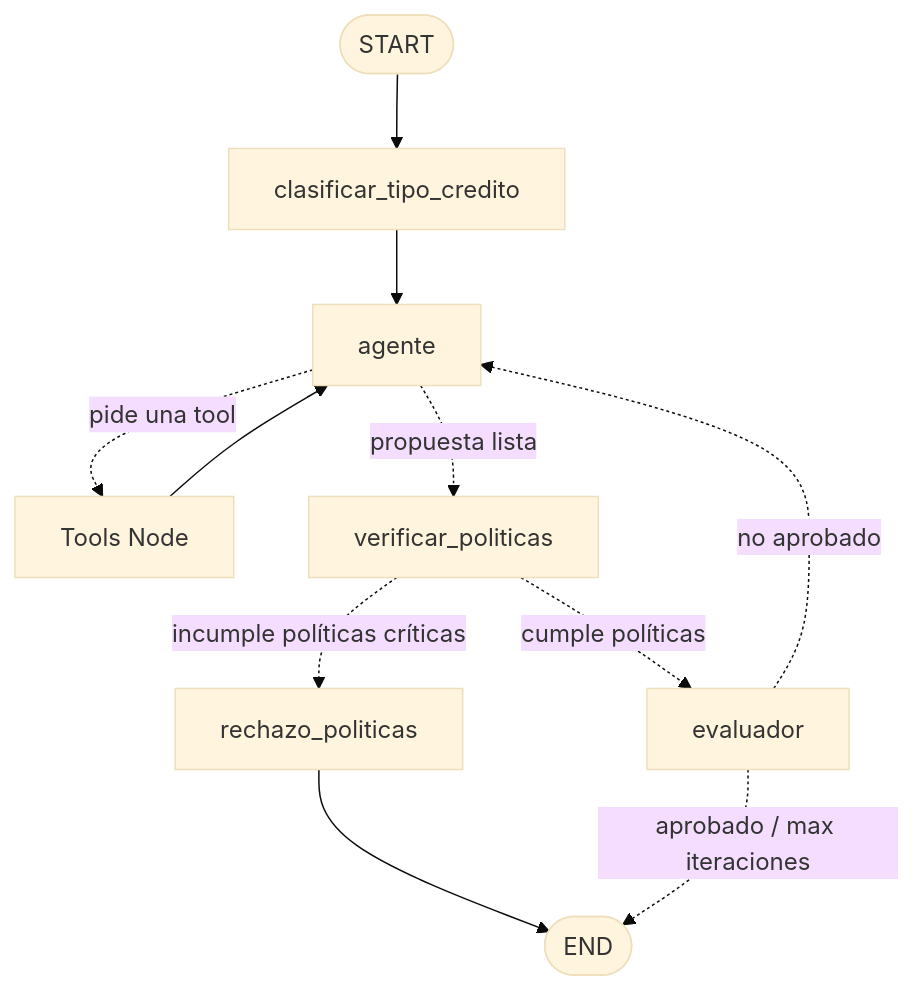
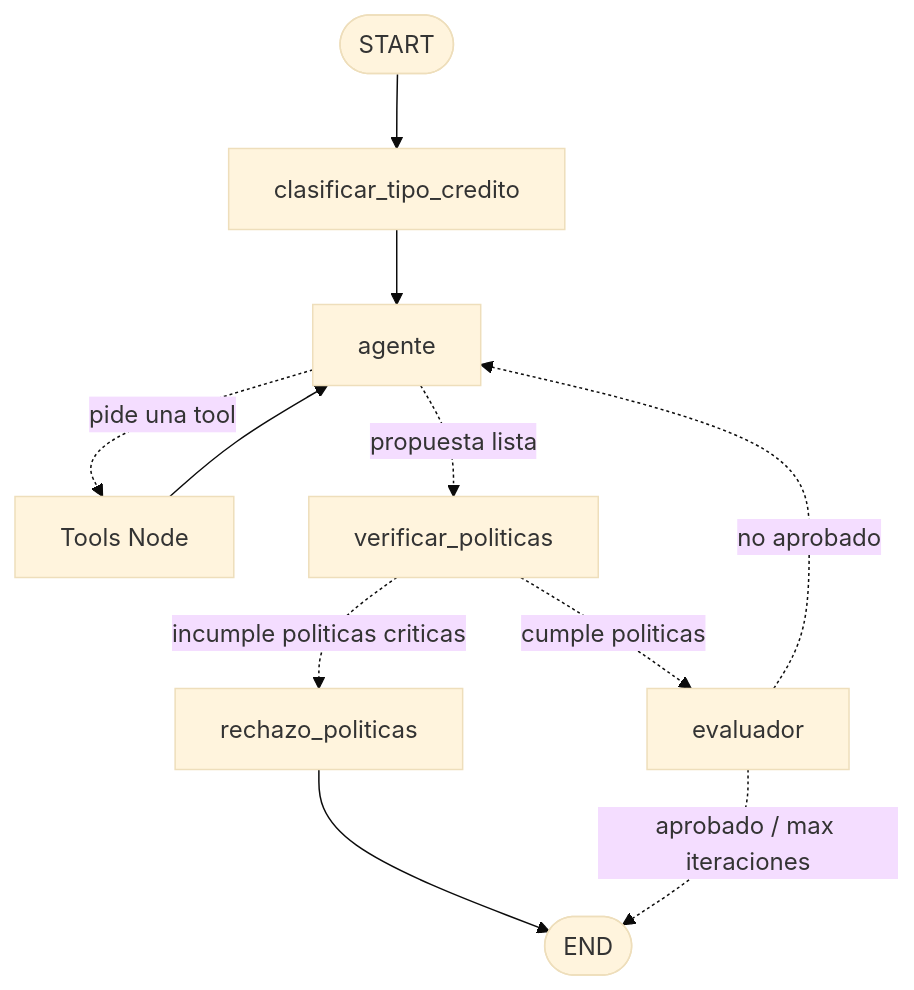
The diagram in README.md (WillBluetab/CursoIA-Reto1), drawn with Mermaid (base theme) before and after one commit.

Commit message:
el Readme en el main pintaba mal así que se arreglaron los issues

````diff
--- a/README.md
+++ b/README.md
@@ -9,12 +9,13 @@
 ```mermaid
-graph TD;
+graph TD
     __start__([START]) --> clasificar_tipo_credito[clasificar_tipo_credito]
     clasificar_tipo_credito --> agente[agente]
     agente -.->|pide una tool| tools[Tools Node]
     tools --> agente
     agente -.->|propuesta lista| verificar_politicas[verificar_politicas]
-    verificar_politicas -.->|incumple políticas críticas| rechazo_politicas[rechazo_politicas] --> __end__([END])
-    verificar_politicas -.->|cumple políticas| evaluador[evaluador]
+    verificar_politicas -.->|incumple politicas criticas| rechazo_politicas[rechazo_politicas]
+    rechazo_politicas --> __end__([END])
+    verificar_politicas -.->|cumple politicas| evaluador[evaluador]
     evaluador -.->|aprobado / max iteraciones| __end__
     evaluador -.->|no aprobado| agente
 ```
````
